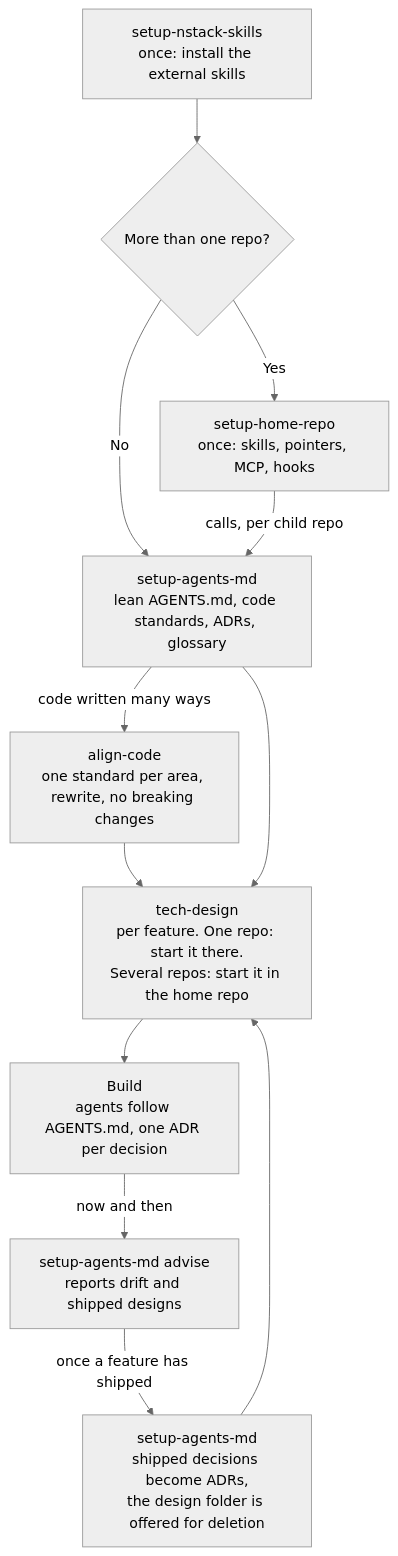
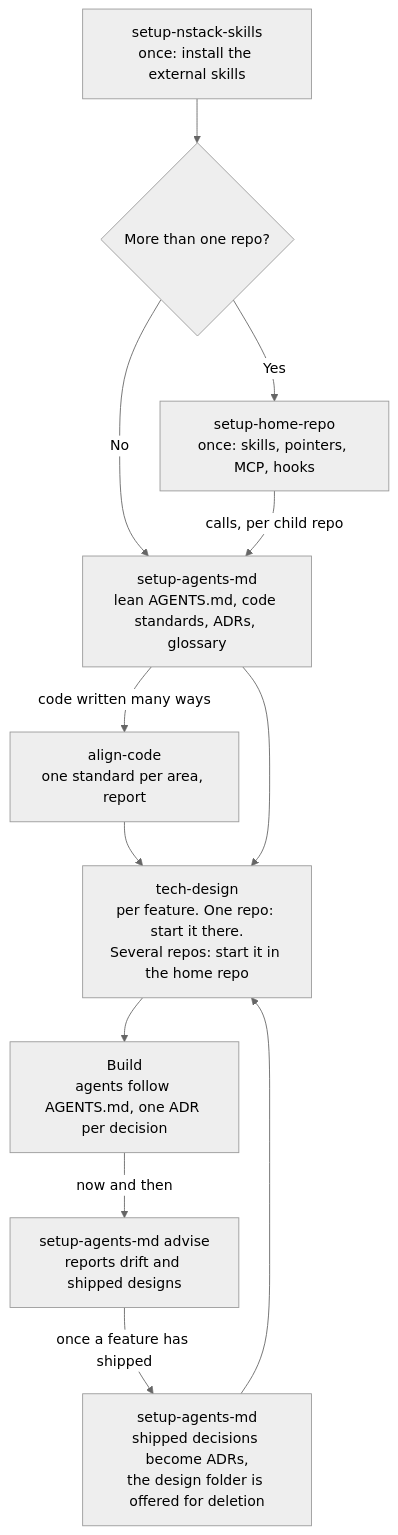
The diagram in README.md (svennijhuis/nstack), drawn with Mermaid (neutral theme) before and after one commit. The commit also changed other lines of this file and 14 other files, not shown here.

First line of the commit message:
Trim align-code to align standards only: wayfinder map, report gate, report

````diff
--- a/README.md
+++ b/README.md
@@ -18,14 +18,14 @@
 ```mermaid
 flowchart TD
     A[setup-nstack-skills<br/>once: install the external skills] --> B{More than one repo?}
     B -->|Yes| C[setup-home-repo<br/>once: skills, pointers, MCP, hooks]
     B -->|No| D
     C -->|calls, per child repo| D[setup-agents-md<br/>lean AGENTS.md, code standards, ADRs, glossary]
-    D -->|code written many ways| I[align-code<br/>one standard per area, rewrite, no breaking changes]
+    D -->|code written many ways| I[align-code<br/>one standard per area, report]
     I --> E
     D --> E[tech-design<br/>per feature. One repo: start it there.<br/>Several repos: start it in the home repo]
     E --> F[Build<br/>agents follow AGENTS.md, one ADR per decision]
     F -->|now and then| G[setup-agents-md advise<br/>reports drift and shipped designs]
     G -->|once a feature has shipped| H[setup-agents-md<br/>shipped decisions become ADRs,<br/>the design folder is offered for deletion]
     H --> E
 ```
````
